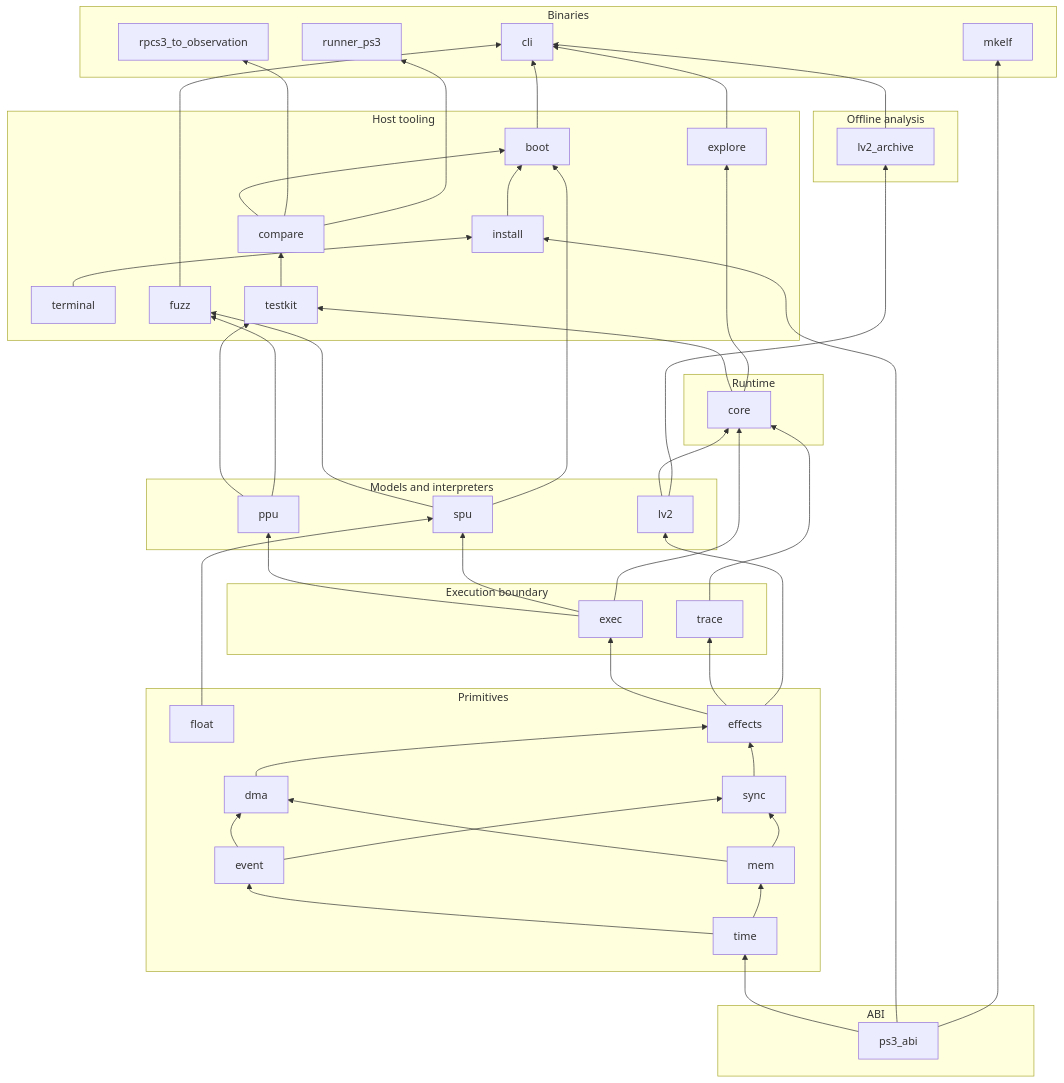
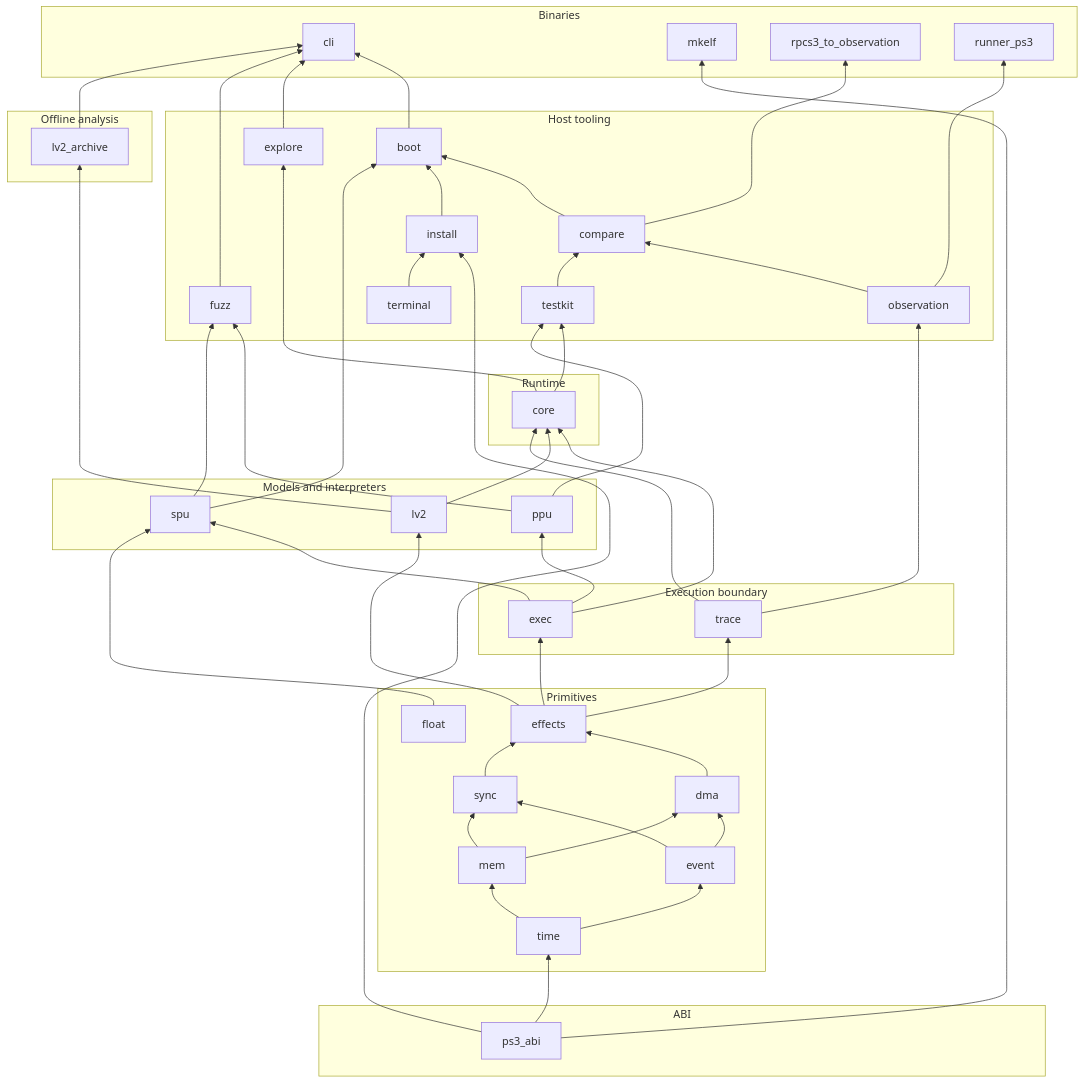
Before and after one commit to RoyalAce22/CellGov: the diagram in docs/architecture/workspace.md, drawn with Mermaid. The commit also changed other lines of this file and 56 other files, not shown here.

Commit message:
refactor(observation): move the observation schema and capture records into a crate below the runtime, so the PS3 runner links none of it

````diff
--- a/docs/architecture/workspace.md
+++ b/docs/architecture/workspace.md
@@ -11,65 +11,67 @@
 ```mermaid
 graph BT
   subgraph ABI
     ps3_abi
   end
   subgraph Primitives
     time; float; event; mem; dma; sync; effects
   end
   subgraph Execution boundary
     exec; trace
   end
   subgraph Models and interpreters
     lv2; ppu; spu
   end
   subgraph Runtime
     core
   end
   subgraph Offline analysis
     lv2_archive
   end
   subgraph Host tooling
-    terminal; testkit; compare; explore; fuzz; install; boot
+    terminal; testkit; observation; compare; explore; fuzz; install; boot
   end
   subgraph Binaries
     cli; mkelf; rpcs3_to_observation; runner_ps3
   end
 
   ps3_abi --> time
   time --> event
   time --> mem
   event --> dma
   mem --> dma
   event --> sync
   mem --> sync
   dma --> effects
   sync --> effects
   effects --> exec
   effects --> trace
   effects --> lv2
   exec --> ppu
   exec --> spu
   float --> spu
   exec --> core
   lv2 --> core
   trace --> core
   lv2 --> lv2_archive
   core --> testkit
   ppu --> testkit
+  trace --> observation
+  observation --> compare
   testkit --> compare
   core --> explore
   ppu --> fuzz
   spu --> fuzz
   ps3_abi --> install
   terminal --> install
   compare --> boot
   install --> boot
   spu --> boot
   boot --> cli
   explore --> cli
   fuzz --> cli
   lv2_archive --> cli
   ps3_abi --> mkelf
   compare --> rpcs3_to_observation
-  compare --> runner_ps3
+  observation --> runner_ps3
 ```
````
